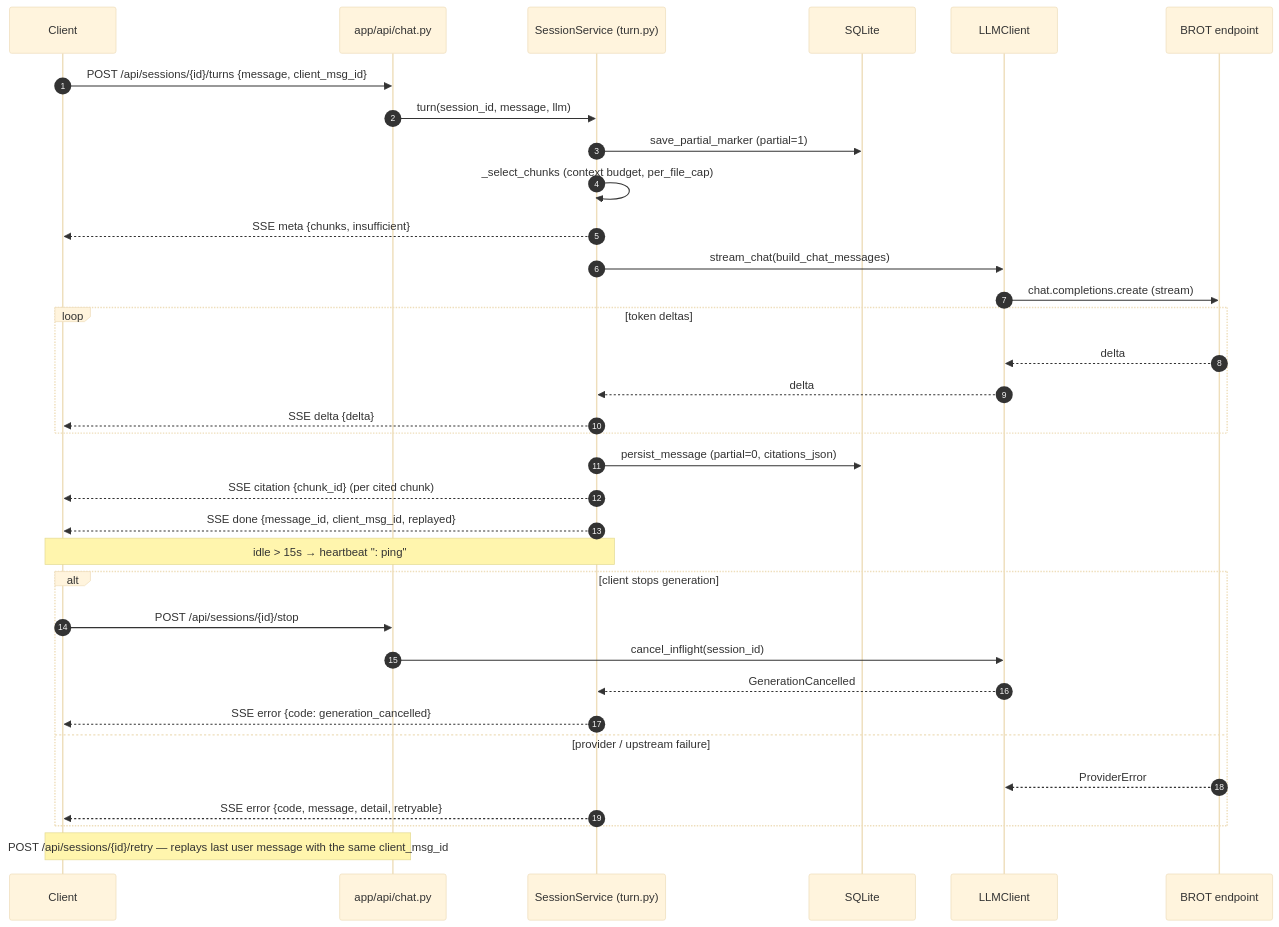
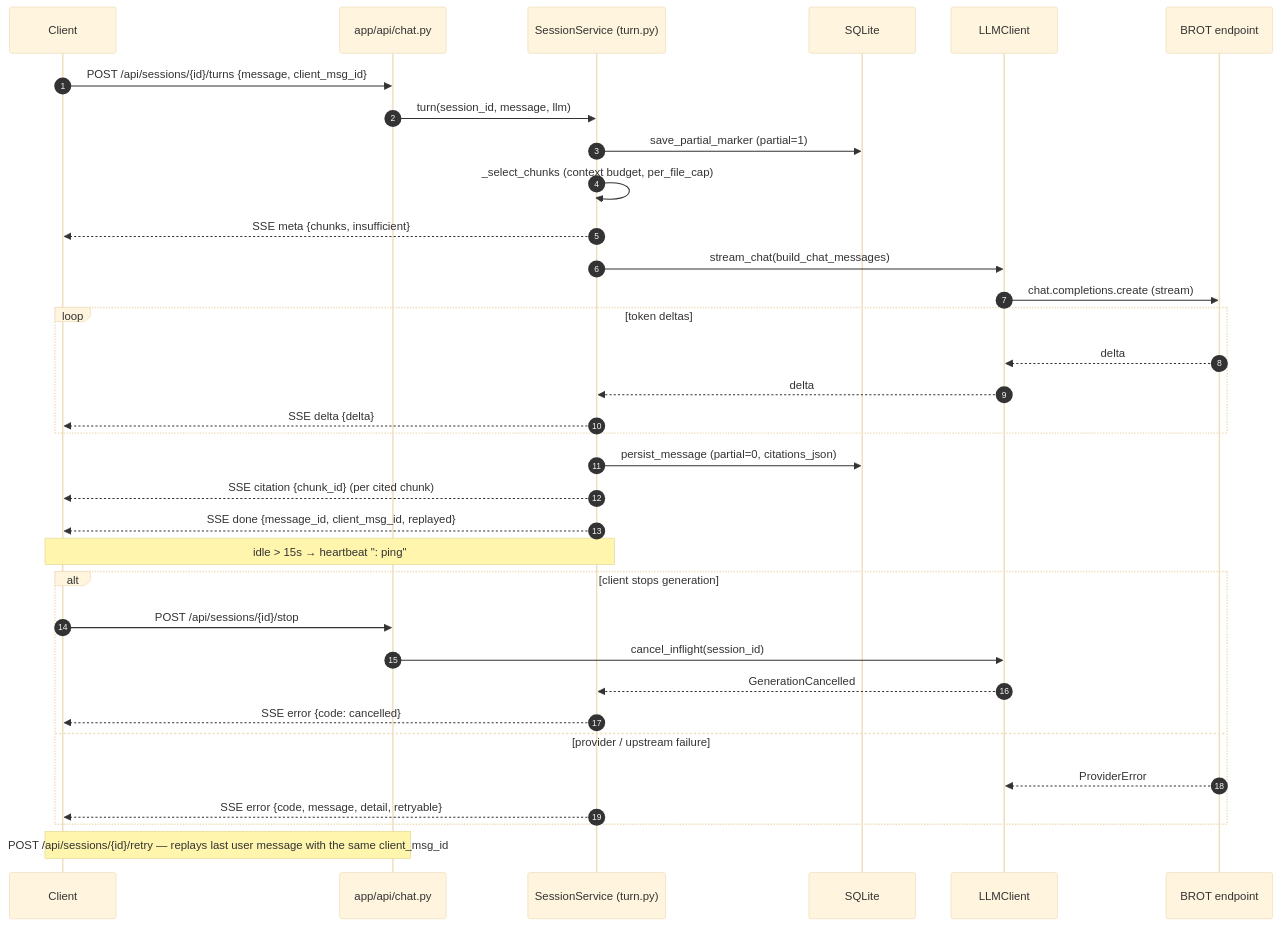
Before and after one commit to totallynotbrent/Sage: the third of 4 diagrams in README.md, drawn with Mermaid (base theme). The commit also changed other lines of this file and 2 other files, not shown here.

Commit message:
fix(jobs): correct T11 line_counts and pragma census, fix doc nits

````diff
--- a/README.md
+++ b/README.md
@@ -126,39 +128,39 @@
 ```mermaid
 sequenceDiagram
     autonumber
     participant C as Client
     participant CH as app/api/chat.py
     participant T as SessionService (turn.py)
     participant DB as SQLite
     participant LLM as LLMClient
     participant B as BROT endpoint
 
     C->>CH: POST /api/sessions/{id}/turns {message, client_msg_id}
     CH->>T: turn(session_id, message, llm)
     T->>DB: save_partial_marker (partial=1)
     T->>T: _select_chunks (context budget, per_file_cap)
     T-->>C: SSE meta {chunks, insufficient}
     T->>LLM: stream_chat(build_chat_messages)
     LLM->>B: chat.completions.create (stream)
     loop token deltas
         B-->>LLM: delta
         LLM-->>T: delta
         T-->>C: SSE delta {delta}
     end
     T->>DB: persist_message (partial=0, citations_json)
     T-->>C: SSE citation {chunk_id} (per cited chunk)
     T-->>C: SSE done {message_id, client_msg_id, replayed}
     Note over C,T: idle > 15s → heartbeat ": ping"
 
     alt client stops generation
         C->>CH: POST /api/sessions/{id}/stop
         CH->>LLM: cancel_inflight(session_id)
         LLM-->>T: GenerationCancelled
-        T-->>C: SSE error {code: generation_cancelled}
+        T-->>C: SSE error {code: cancelled}
     else provider / upstream failure
         B-->>LLM: ProviderError
         T-->>C: SSE error {code, message, detail, retryable}
     end
 
     Note over C,CH: POST /api/sessions/{id}/retry — replays last user message with the same client_msg_id
 ```
````
